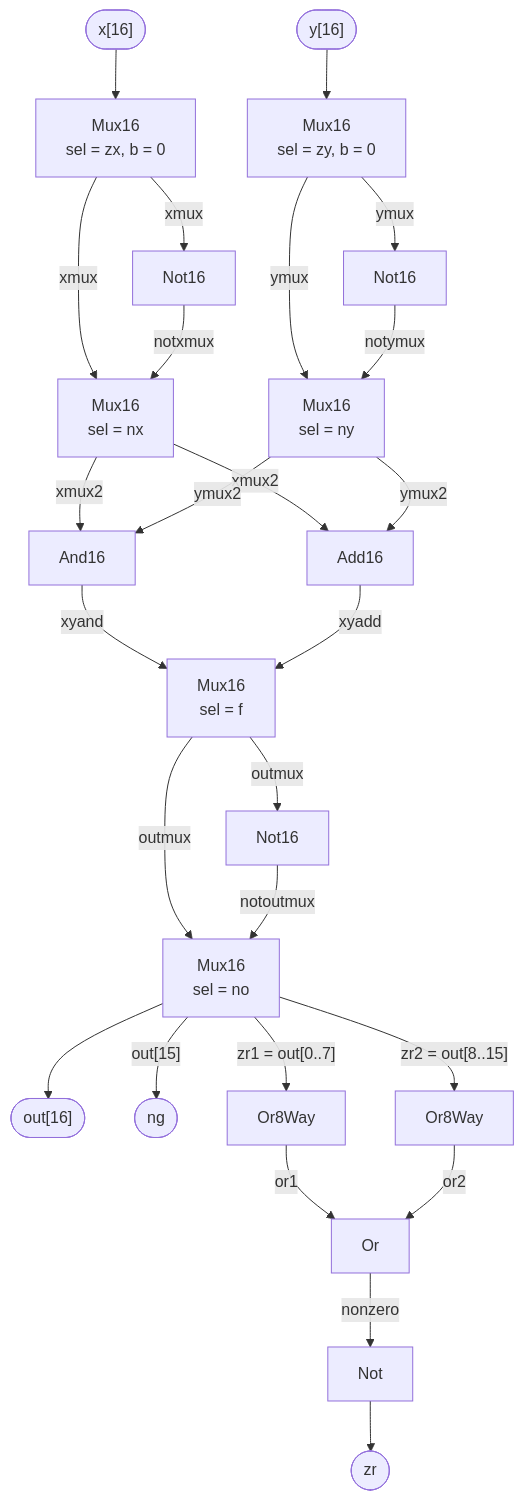
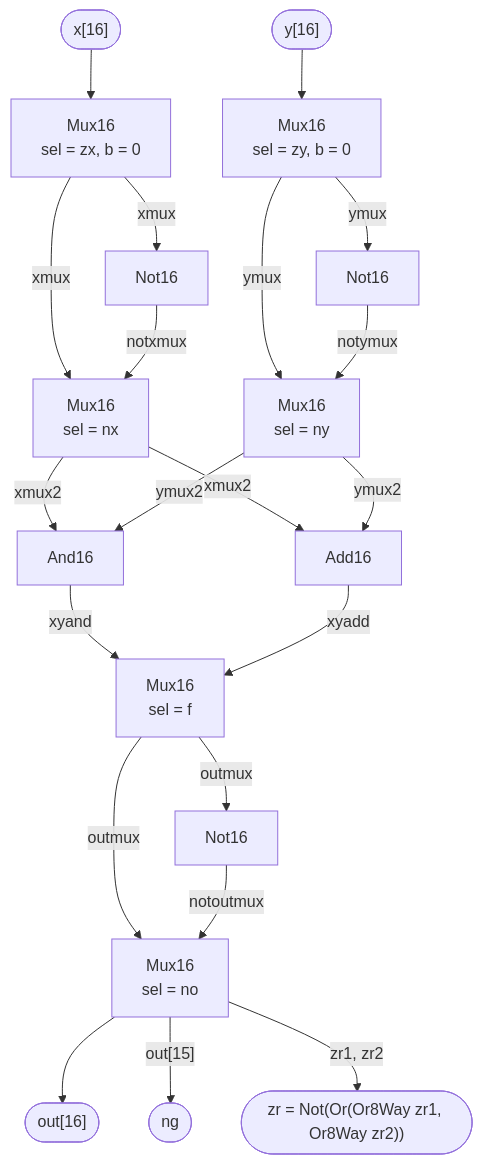
The fourth of 8 diagrams in README.md (spaceadler/nand2tetris), drawn with Mermaid before and after one commit. The commit also changed other lines of this file, not shown here.

Commit message:
README: narrower diagrams; memory and CPU each split into two

````diff
--- a/README.md
+++ b/README.md
@@ -79,24 +66,19 @@
 ```mermaid
 flowchart TB
     x(["x[16]"]) --> zx["Mux16<br/>sel = zx, b = 0"]
     zx -->|xmux| nx["Mux16<br/>sel = nx"]
     zx -->|xmux| notx["Not16"] -->|notxmux| nx
     y(["y[16]"]) --> zy["Mux16<br/>sel = zy, b = 0"]
     zy -->|ymux| ny["Mux16<br/>sel = ny"]
     zy -->|ymux| noty["Not16"] -->|notymux| ny
 
     nx -->|xmux2| and16["And16"] & add16["Add16"]
     ny -->|ymux2| and16 & add16
     and16 -->|xyand| f["Mux16<br/>sel = f"]
     add16 -->|xyadd| f
     f -->|outmux| no["Mux16<br/>sel = no"]
     f -->|outmux| noto["Not16"] -->|notoutmux| no
     no --> out(["out[16]"])
-
     no -->|"out[15]"| ng(["ng"])
-    no -->|"zr1 = out[0..7]"| o1["Or8Way"]
-    no -->|"zr2 = out[8..15]"| o2["Or8Way"]
-    o1 -->|or1| or["Or"]
-    o2 -->|or2| or
-    or -->|nonzero| not["Not"] --> zr(["zr"])
+    no -->|"zr1, zr2"| zr(["zr = Not(Or(Or8Way zr1, Or8Way zr2))"])
 ```
````
